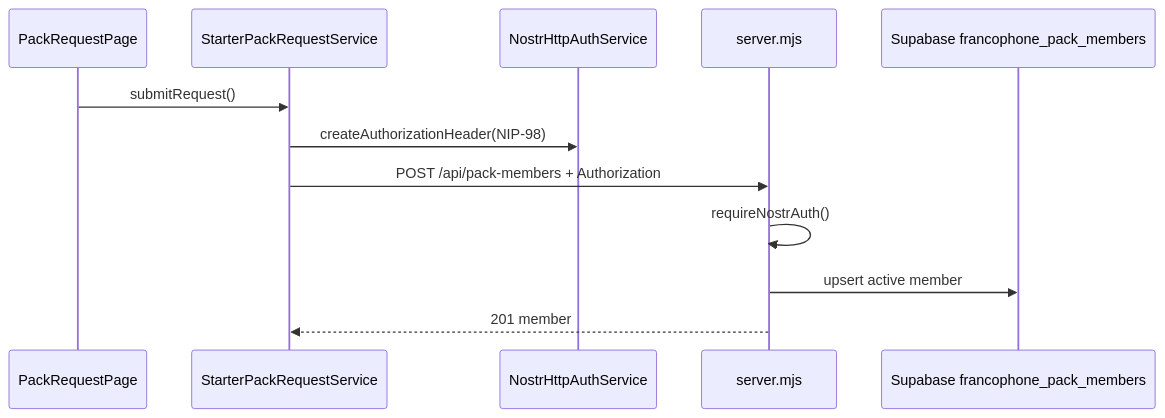
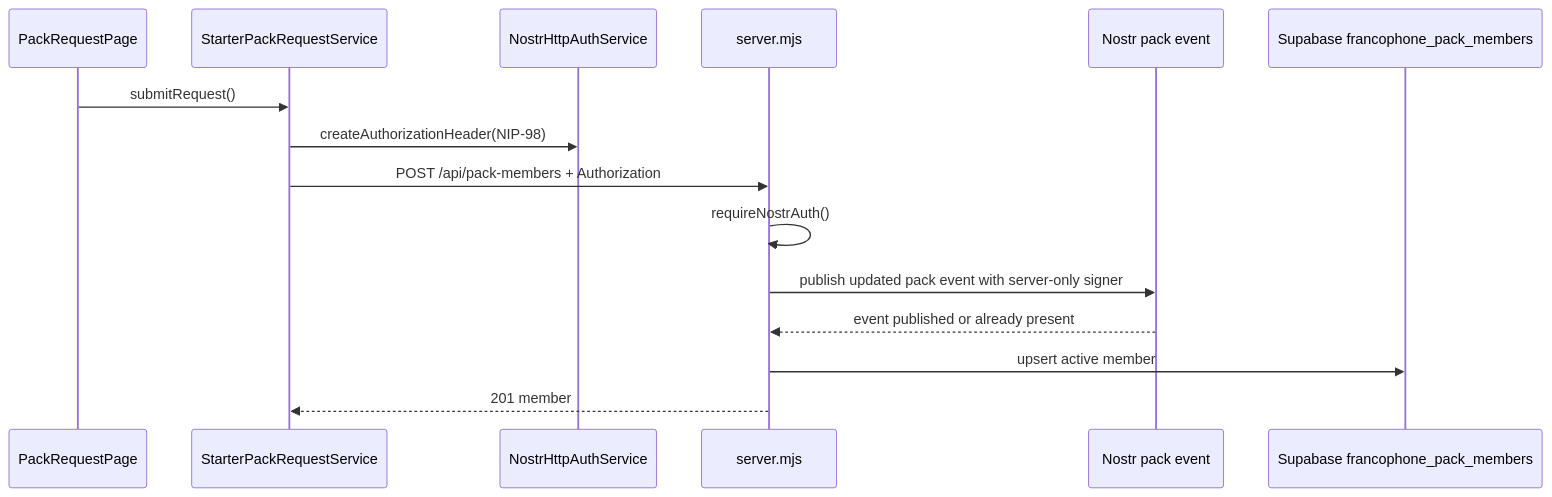
One commit to maxiim3/nostr-tools-ng-app changed the first of 2 diagrams in src/features/packs/README.md. Above: the diagram before and after it, drawn with Mermaid. The commit also changed other lines of this file and 11 other files, not shown here.

````diff
--- a/src/features/packs/README.md
+++ b/src/features/packs/README.md
@@ -15,15 +15,18 @@
 ```mermaid
 sequenceDiagram
   participant User as PackRequestPage
   participant Service as StarterPackRequestService
   participant Auth as NostrHttpAuthService
   participant API as server.mjs
+  participant Pack as Nostr pack event
   participant DB as Supabase francophone_pack_members
 
   User->>Service: submitRequest()
   Service->>Auth: createAuthorizationHeader(NIP-98)
   Service->>API: POST /api/pack-members + Authorization
   API->>API: requireNostrAuth()
+  API->>Pack: publish updated pack event with server-only signer
+  Pack-->>API: event published or already present
   API->>DB: upsert active member
   API-->>Service: 201 member
 ```
````
